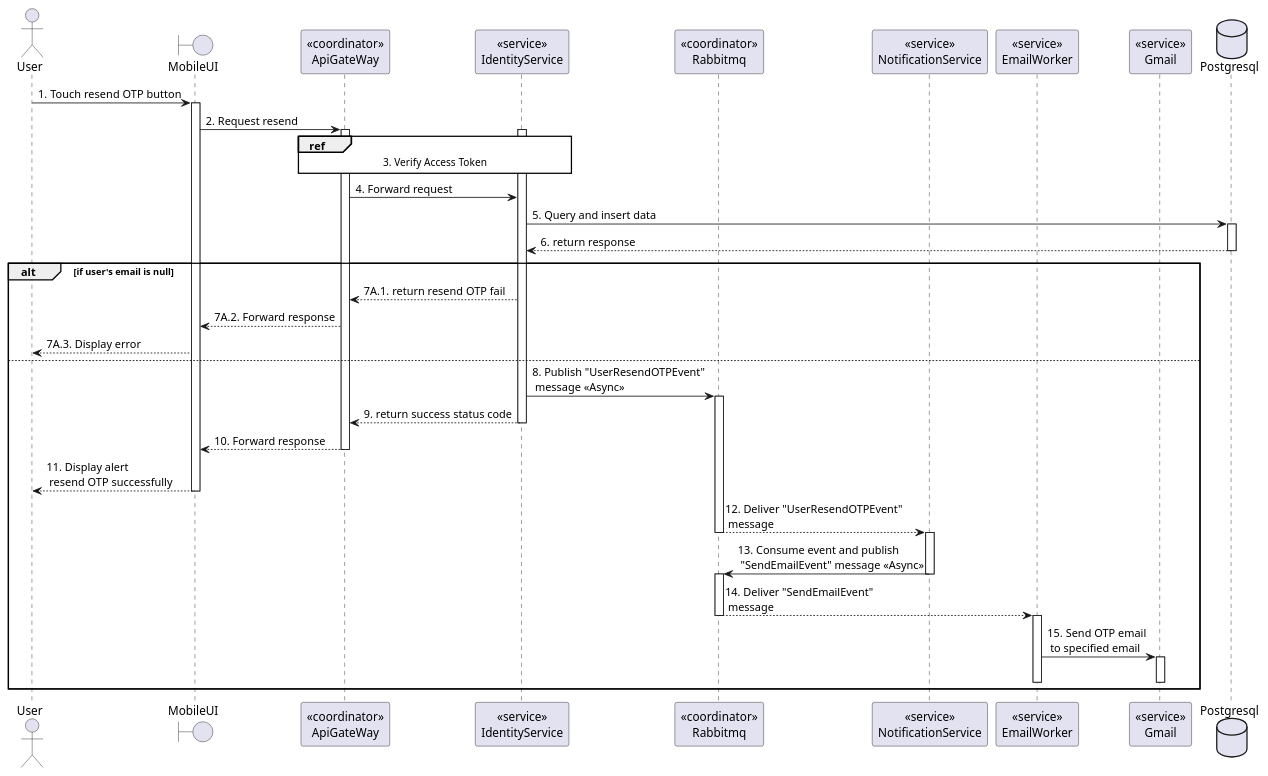
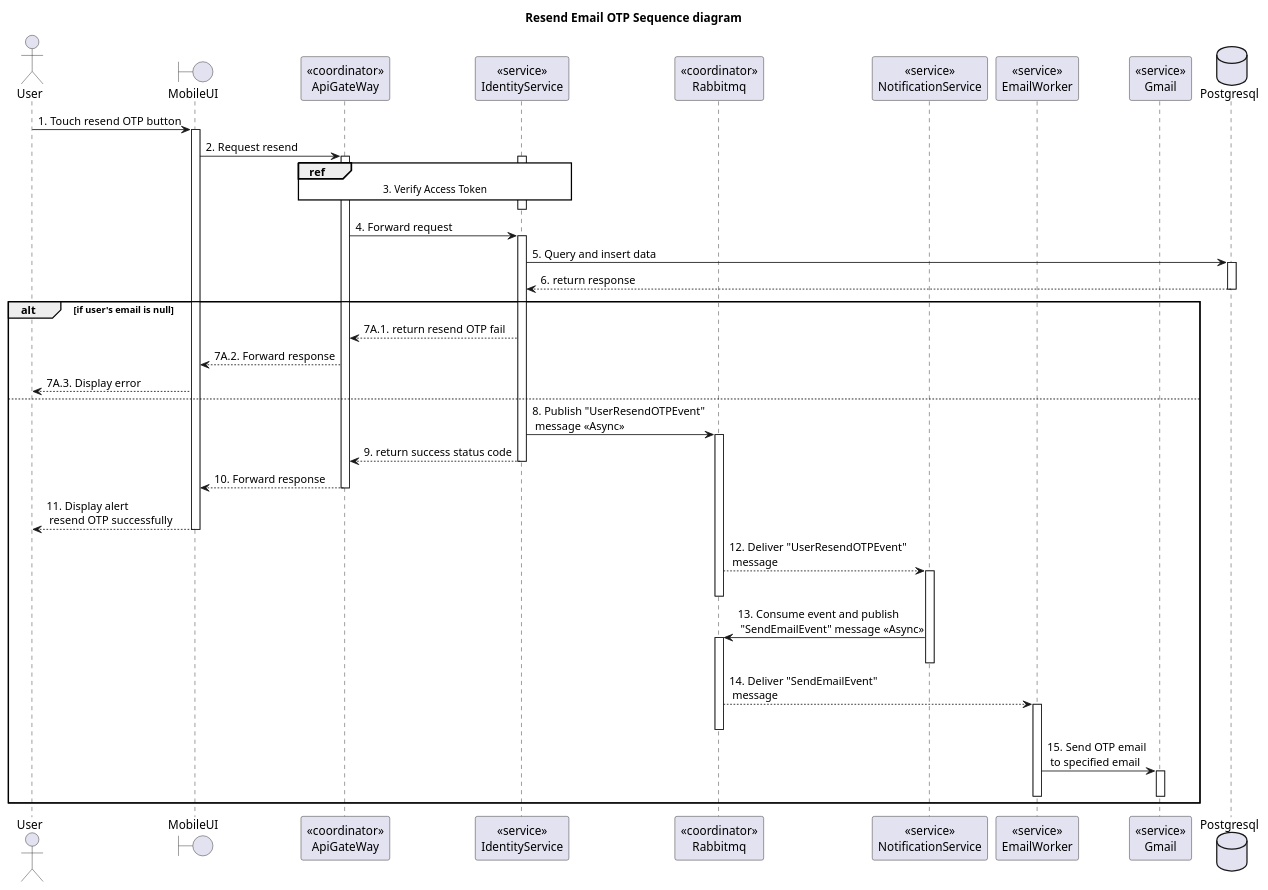
The diagram in doc/SDS/Identity/ResendEmailOTP/Sequence.plantuml (Carl-Johnsons/tastopia), drawn with PlantUML before and after one commit. The commit also changed 4 other files, not shown here.

Commit message:
doc: update identity sequence

```diff
--- a/doc/SDS/Identity/ResendEmailOTP/Sequence.plantuml
+++ b/doc/SDS/Identity/ResendEmailOTP/Sequence.plantuml
@@ -1,66 +1,57 @@
 @startuml ResendEmailOTP
+title "Resend Email OTP Sequence diagram"
+
 <style>
   sequenceDiagram {
     reference {
       BackGroundColor white
     }
 }
 </style>
 
 actor User
 boundary MobileUI
 participant "<<coordinator>>\nApiGateWay" as ApiGateway
 participant "<<service>>\nIdentityService" as IdentityService
 participant "<<coordinator>>\nRabbitmq"  as Rabbitmq
 participant "<<service>>\nNotificationService" as NotificationService
 participant "<<service>>\nEmailWorker" as EmailWorker
 participant "<<service>>\nGmail" as Gmail
 
 database Postgresql
-User -> MobileUI: 1. Touch resend OTP button
-activate MobileUI
-
-MobileUI -> ApiGateway: 2. Request resend
-activate ApiGateway
+User -> MobileUI++: 1. Touch resend OTP button
+MobileUI -> ApiGateway++: 2. Request resend
 
 activate IdentityService
 ref over ApiGateway, IdentityService: 3. Verify Access Token
+ApiGateway -[hidden]-> IdentityService
+deactivate IdentityService
 
-ApiGateway -> IdentityService: 4. Forward request
-
-IdentityService -> Postgresql: 5. Query and insert data
-activate Postgresql
-IdentityService <-- Postgresql: 6. return response
-deactivate Postgresql
+ApiGateway -> IdentityService++: 4. Forward request
+IdentityService -> Postgresql++: 5. Query and insert data
+IdentityService <-- Postgresql--: 6. return response
 
 alt if user's email is null
     ApiGateway <-- IdentityService: 7A.1. return resend OTP fail
     MobileUI <-- ApiGateway: 7A.2. Forward response
     User <-- MobileUI: 7A.3. Display error
 else
-    IdentityService -> Rabbitmq: 8. Publish "UserResendOTPEvent"\n message <<Async>>
-    activate Rabbitmq
+    IdentityService -> Rabbitmq++: 8. Publish "UserResendOTPEvent"\n message <<Async>>
 
-    ApiGateway <-- IdentityService: 9. return success status code
-    deactivate IdentityService
-    MobileUI <-- ApiGateway: 10. Forward response
-    deactivate ApiGateway
-    User <-- MobileUI: 11. Display alert\n resend OTP successfully
-    deactivate MobileUI
+    ApiGateway <-- IdentityService--: 9. return success status code
+    MobileUI <-- ApiGateway--: 10. Forward response
+    User <-- MobileUI--: 11. Display alert\n resend OTP successfully
 
-    Rabbitmq --> NotificationService: 12. Deliver "UserResendOTPEvent"\n message
+    Rabbitmq --> NotificationService++: 12. Deliver "UserResendOTPEvent"\n message
     deactivate Rabbitmq
-    activate NotificationService
-    NotificationService -> Rabbitmq: 13. Consume event and publish \n "SendEmailEvent" message <<Async>>
+    NotificationService -> Rabbitmq++: 13. Consume event and publish \n "SendEmailEvent" message <<Async>>
     deactivate NotificationService
-    activate Rabbitmq
-    Rabbitmq --> EmailWorker: 14. Deliver "SendEmailEvent"\n message
+    Rabbitmq --> EmailWorker++: 14. Deliver "SendEmailEvent"\n message
     deactivate Rabbitmq
-    activate EmailWorker
     EmailWorker -> Gmail: 15. Send OTP email\n to specified email
     activate Gmail
     deactivate EmailWorker
     deactivate Gmail
 end
 
 @enduml
```
